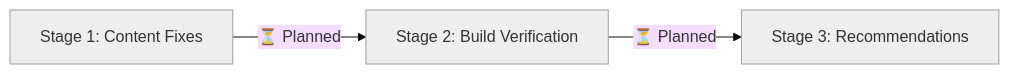
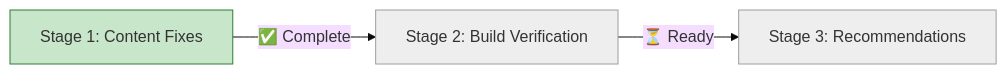
The diagram in docs/proposals/9-fix-documentation-build-errors/progress.md (info-tech-io/info-tech-io.github.io), drawn with Mermaid (base theme) before and after one commit. The commit also changed other lines of this file and 1 other file, not shown here.

First line of the commit message:
docs(issue-9): update Stage 1 progress - content fixes complete

````diff
--- a/docs/proposals/9-fix-documentation-build-errors/progress.md
+++ b/docs/proposals/9-fix-documentation-build-errors/progress.md
@@ -12,13 +12,13 @@
 ```mermaid
 graph LR
-    A[Stage 1: Content Fixes] -->|⏳ Planned| B[Stage 2: Build Verification]
-    B -->|⏳ Planned| C[Stage 3: Recommendations]
+    A[Stage 1: Content Fixes] -->|✅ Complete| B[Stage 2: Build Verification]
+    B -->|⏳ Ready| C[Stage 3: Recommendations]
 
-    style A fill:#eeeeee,stroke:#9e9e9e
+    style A fill:#c8e6c9,stroke:#2e7d32
     style B fill:#eeeeee,stroke:#9e9e9e
     style C fill:#eeeeee,stroke:#9e9e9e
 
     click A "001-content-fixes.md"
     click B "002-build-verification.md"
     click C "003-hugo-templates-recommendations.md"
 ```
````
